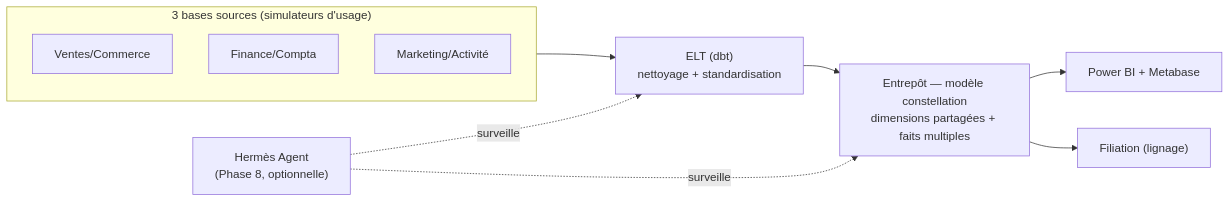
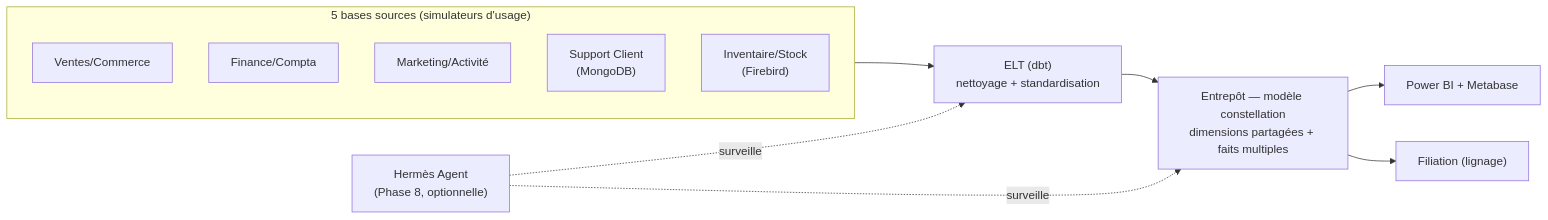
The first of 8 diagrams in README.md (valentinratigniet-byte/projet-19-plateforme-entreprise), drawn with Mermaid before and after one commit. The commit also changed other lines of this file, not shown here.

````diff
--- a/README.md
+++ b/README.md
@@ -33,14 +36,16 @@
 ```mermaid
 flowchart LR
-    subgraph Sources["3 bases sources (simulateurs d'usage)"]
+    subgraph Sources["5 bases sources (simulateurs d'usage)"]
         V["Ventes/Commerce"]
         F["Finance/Compta"]
         M["Marketing/Activité"]
+        T["Support Client<br/>(MongoDB)"]
+        S["Inventaire/Stock<br/>(Firebird)"]
     end
     Sources --> ETL["ELT (dbt)\nnettoyage + standardisation"]
     ETL --> DWH["Entrepôt — modèle constellation\ndimensions partagées + faits multiples"]
     DWH --> BI["Power BI + Metabase"]
     DWH --> FIL["Filiation (lignage)"]
     HERMES["Hermès Agent\n(Phase 8, optionnelle)"] -.surveille.-> ETL
     HERMES -.surveille.-> DWH
 ```
````
